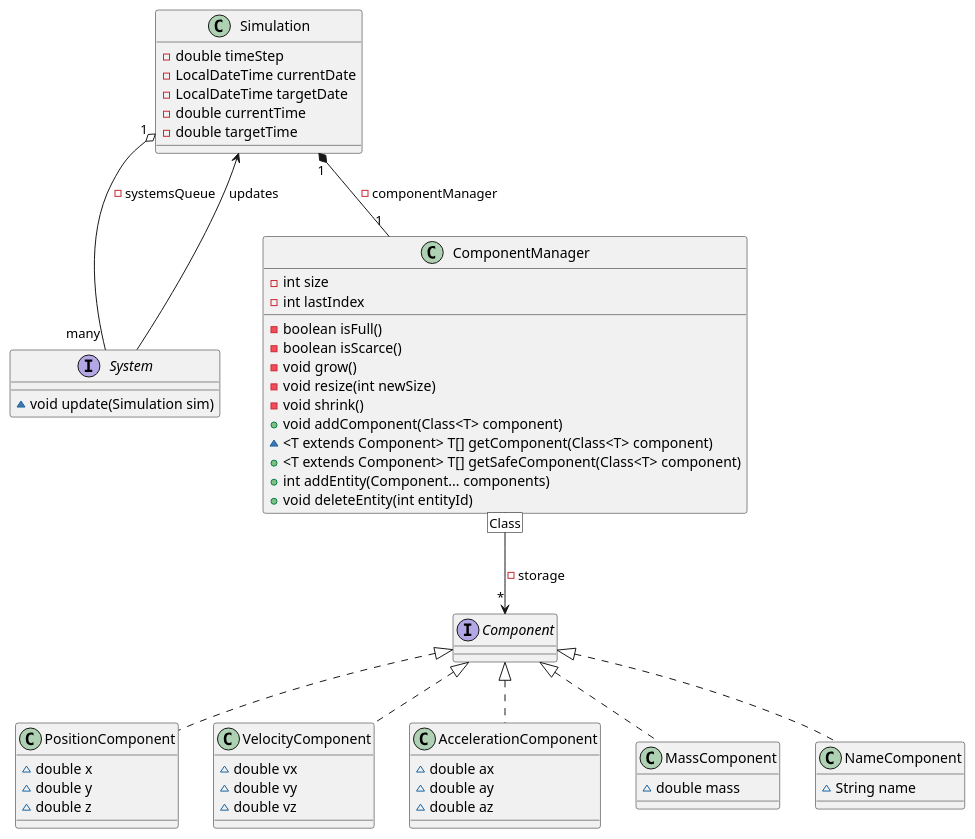
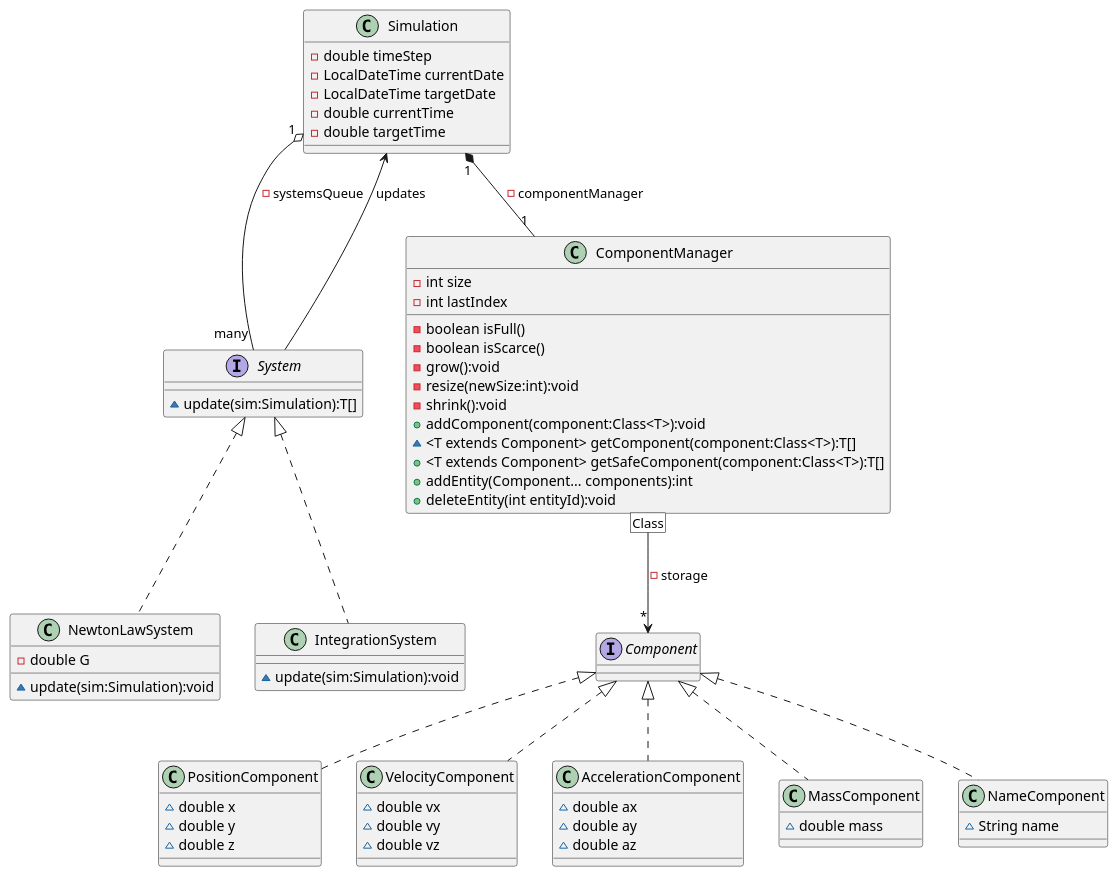
One commit to Pela98/GravSim changed the diagram in UML/ModelUML.puml. Above: the diagram before and after it, drawn with PlantUML. The commit also changed 6 other files, not shown here.

Commit message:
added EntityFactory and fixed SimulationBuilder

```diff
--- a/UML/ModelUML.puml
+++ b/UML/ModelUML.puml
@@ -1,61 +1,71 @@
 @startuml ModelUML
 
 'Interfacce per pattern ECS
 interface Component{
 }
 interface System{
-    ~void update(Simulation sim)
+    ~ update(sim:Simulation):T[]
 }
 'Classi Component
 class PositionComponent implements Component{
     ~double x
     ~double y
     ~double z
 }
 class VelocityComponent implements Component{
     ~double vx
     ~double vy
     ~double vz
 }
 class AccelerationComponent implements Component{
     ~double ax
     ~double ay
     ~double az
 }
 class MassComponent implements Component{
     ~double mass
 }
 class NameComponent implements Component{
     ~String name
 }
 'ComponentManager (gestione dei componenti)
 class ComponentManager {
 
         - int size
         - int lastIndex
         - boolean isFull()
         - boolean isScarce()
-        - void grow()
-        - void resize(int newSize)
-        - void shrink()
-        + void addComponent(Class<T> component)
-        ~ <T extends Component> T[] getComponent(Class<T> component)
-        + <T extends Component> T[] getSafeComponent(Class<T> component)
-        + int addEntity(Component... components)
-        + void deleteEntity(int entityId)
+        - grow():void 
+        - resize(newSize:int):void 
+        - shrink():void 
+        + addComponent(component:Class<T>):void
+        ~ <T extends Component> getComponent(component:Class<T>):T[] 
+        + <T extends Component> getSafeComponent(component:Class<T>):T[]
+        + addEntity(Component... components):int 
+        + deleteEntity(int entityId):void 
     }
     ComponentManager [Class] --> "*" Component : - storage
 
     'Simulation (Contiene tutti i dati per istanza di simulazione)
     class Simulation {
         - double timeStep
         - LocalDateTime currentDate
         - LocalDateTime targetDate
         - double currentTime
         - double targetTime
     }
     Simulation "1" *-- "1" ComponentManager : - componentManager
     Simulation "1" o-- "many" System : - systemsQueue
     System --> Simulation : updates
+    'Sistemi motore fisico
+    class NewtonLawSystem implements System{
+        - double G
+        ~ update(sim:Simulation):void
+    }
+    class IntegrationSystem implements System{
+        ~ update(sim:Simulation):void
+    }
+    'Builder pattern per creare istanze di simulazione
+
 
 @enduml
```
